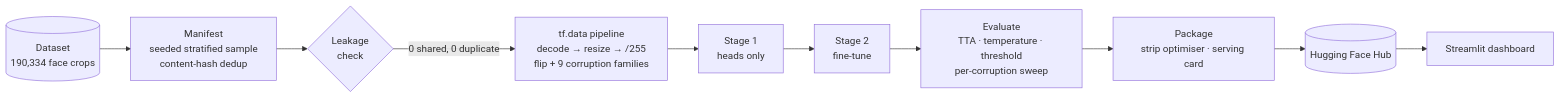
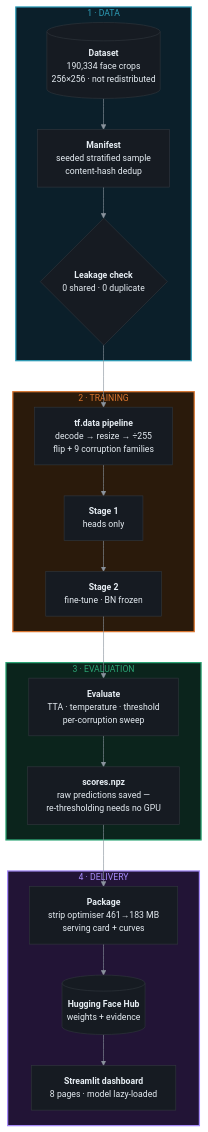
The third of 3 diagrams in README.md (adarshcod30/OpenForensics), drawn with Mermaid before and after one commit. The commit also changed other lines of this file, not shown here.

First line of the commit message:
Give the README diagrams a real palette

````diff
--- a/README.md
+++ b/README.md
@@ -167,12 +215,45 @@
 ```mermaid
-flowchart LR
-    D[("Dataset<br/>190,334 face crops")] --> M["Manifest<br/>seeded stratified sample<br/>content-hash dedup"]
-    M --> L{"Leakage<br/>check"}
-    L -->|"0 shared, 0 duplicate"| T["tf.data pipeline<br/>decode → resize → /255<br/>flip + 9 corruption families"]
-    T --> S1["Stage 1<br/>heads only"]
-    S1 --> S2["Stage 2<br/>fine-tune"]
-    S2 --> EV["Evaluate<br/>TTA · temperature · threshold<br/>per-corruption sweep"]
-    EV --> PK["Package<br/>strip optimiser · serving card"]
-    PK --> HUB[("Hugging Face Hub")]
-    HUB --> APP["Streamlit dashboard"]
+%%{init: {'theme':'base','themeVariables':{
+  'background':'#0d1117','primaryColor':'#161b22','primaryTextColor':'#e6edf3',
+  'primaryBorderColor':'#30363d','secondaryColor':'#161b22','tertiaryColor':'#161b22',
+  'lineColor':'#8b949e','textColor':'#e6edf3','fontSize':'14px',
+  'fontFamily':'ui-sans-serif,-apple-system,Segoe UI,sans-serif',
+  'clusterBkg':'transparent','clusterBorder':'#30363d','edgeLabelBackground':'#21262d'
+}}}%%
+flowchart TD
+    subgraph P1["1 · DATA"]
+        D[("<b>Dataset</b><br/>190,334 face crops<br/>256×256 · not redistributed")]
+        M["<b>Manifest</b><br/>seeded stratified sample<br/>content-hash dedup"]
+        L{"<b>Leakage check</b><br/>0 shared · 0 duplicate"}
+        D --> M --> L
+    end
+
+    subgraph P2["2 · TRAINING"]
+        T["<b>tf.data pipeline</b><br/>decode → resize → ÷255<br/>flip + 9 corruption families"]
+        S1["<b>Stage 1</b><br/>heads only"]
+        S2["<b>Stage 2</b><br/>fine-tune · BN frozen"]
+        T --> S1 --> S2
+    end
+
+    subgraph P3["3 · EVALUATION"]
+        EV["<b>Evaluate</b><br/>TTA · temperature · threshold<br/>per-corruption sweep"]
+        SC["<b>scores.npz</b><br/>raw predictions saved —<br/>re-thresholding needs no GPU"]
+        EV --> SC
+    end
+
+    subgraph P4["4 · DELIVERY"]
+        PK["<b>Package</b><br/>strip optimiser 461→183 MB<br/>serving card + curves"]
+        HUB[("<b>Hugging Face Hub</b><br/>weights + evidence")]
+        APP["<b>Streamlit dashboard</b><br/>8 pages · model lazy-loaded"]
+        PK --> HUB --> APP
+    end
+
+    L --> T
+    S2 --> EV
+    SC --> PK
+
+    style P1 fill:#0b1f2a,stroke:#2E9EB8,stroke-width:2px,color:#2E9EB8
+    style P2 fill:#2a1a0b,stroke:#D9752F,stroke-width:2px,color:#D9752F
+    style P3 fill:#0b241c,stroke:#2BA574,stroke-width:2px,color:#2BA574
+    style P4 fill:#221436,stroke:#A78BFA,stroke-width:2px,color:#A78BFA
 ```
````
